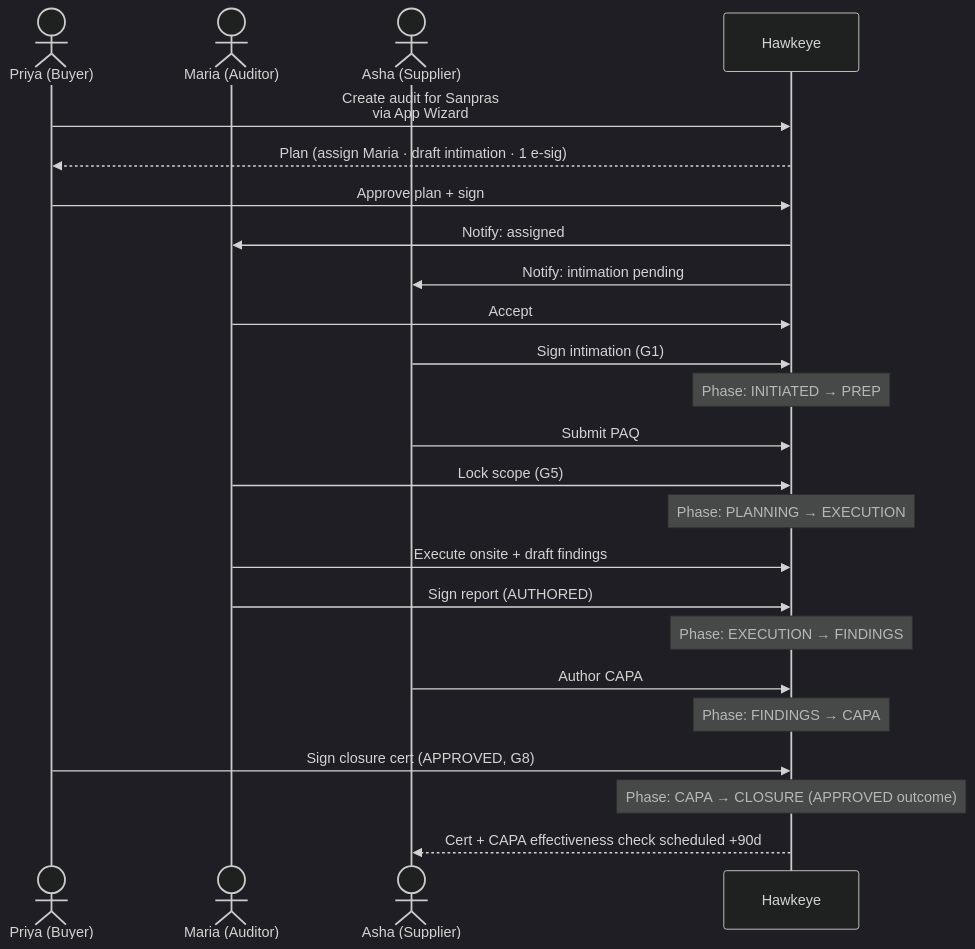
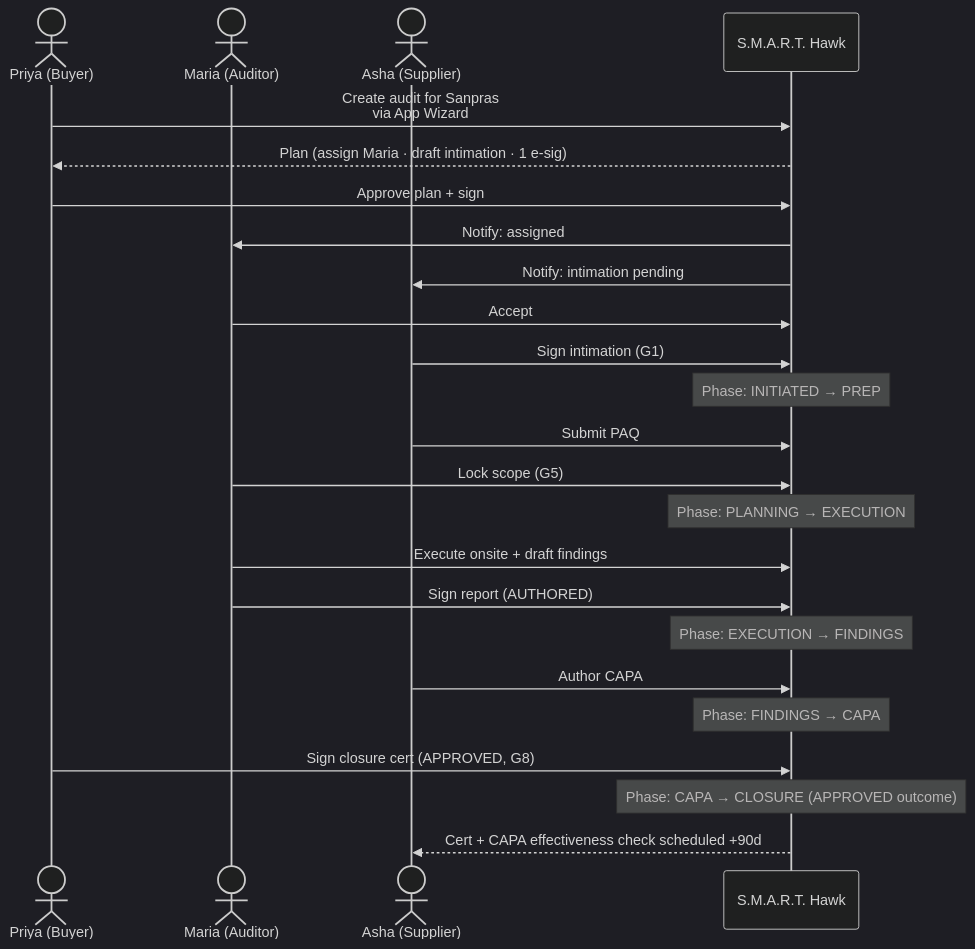
One commit to hawkeyetransact-dotcom/doc_v2 changed the second of 8 diagrams in 06-modules/audit-management/STORYBOOK.md. Above: the diagram before and after it, drawn with Mermaid (dark theme). The commit also changed other lines of this file and 105 other files, not shown here.

First line of the commit message:
Rebrand docs: Hawkeye -> S.M.A.R.T. Hawk; S.M.A.R.T. five-pillar pipeline

````diff
--- a/06-modules/audit-management/STORYBOOK.md
+++ b/06-modules/audit-management/STORYBOOK.md
@@ -94,27 +94,27 @@
 ```mermaid
 sequenceDiagram
     actor Priya as Priya (Buyer)
     actor Maria as Maria (Auditor)
     actor Asha as Asha (Supplier)
-    participant Hawkeye
+    participant S.M.A.R.T. Hawk
 
-    Priya->>Hawkeye: Create audit for Sanpras<br/>via App Wizard
-    Hawkeye-->>Priya: Plan (assign Maria · draft intimation · 1 e-sig)
-    Priya->>Hawkeye: Approve plan + sign
-    Hawkeye->>Maria: Notify: assigned
-    Hawkeye->>Asha: Notify: intimation pending
-    Maria->>Hawkeye: Accept
-    Asha->>Hawkeye: Sign intimation (G1)
-    Note over Hawkeye: Phase: INITIATED → PREP
-    Asha->>Hawkeye: Submit PAQ
-    Maria->>Hawkeye: Lock scope (G5)
-    Note over Hawkeye: Phase: PLANNING → EXECUTION
-    Maria->>Hawkeye: Execute onsite + draft findings
-    Maria->>Hawkeye: Sign report (AUTHORED)
-    Note over Hawkeye: Phase: EXECUTION → FINDINGS
-    Asha->>Hawkeye: Author CAPA
-    Note over Hawkeye: Phase: FINDINGS → CAPA
-    Priya->>Hawkeye: Sign closure cert (APPROVED, G8)
-    Note over Hawkeye: Phase: CAPA → CLOSURE (APPROVED outcome)
-    Hawkeye-->>Asha: Cert + CAPA effectiveness check scheduled +90d
+    Priya->>S.M.A.R.T. Hawk: Create audit for Sanpras<br/>via App Wizard
+    S.M.A.R.T. Hawk-->>Priya: Plan (assign Maria · draft intimation · 1 e-sig)
+    Priya->>S.M.A.R.T. Hawk: Approve plan + sign
+    S.M.A.R.T. Hawk->>Maria: Notify: assigned
+    S.M.A.R.T. Hawk->>Asha: Notify: intimation pending
+    Maria->>S.M.A.R.T. Hawk: Accept
+    Asha->>S.M.A.R.T. Hawk: Sign intimation (G1)
+    Note over S.M.A.R.T. Hawk: Phase: INITIATED → PREP
+    Asha->>S.M.A.R.T. Hawk: Submit PAQ
+    Maria->>S.M.A.R.T. Hawk: Lock scope (G5)
+    Note over S.M.A.R.T. Hawk: Phase: PLANNING → EXECUTION
+    Maria->>S.M.A.R.T. Hawk: Execute onsite + draft findings
+    Maria->>S.M.A.R.T. Hawk: Sign report (AUTHORED)
+    Note over S.M.A.R.T. Hawk: Phase: EXECUTION → FINDINGS
+    Asha->>S.M.A.R.T. Hawk: Author CAPA
+    Note over S.M.A.R.T. Hawk: Phase: FINDINGS → CAPA
+    Priya->>S.M.A.R.T. Hawk: Sign closure cert (APPROVED, G8)
+    Note over S.M.A.R.T. Hawk: Phase: CAPA → CLOSURE (APPROVED outcome)
+    S.M.A.R.T. Hawk-->>Asha: Cert + CAPA effectiveness check scheduled +90d
 ```
````
